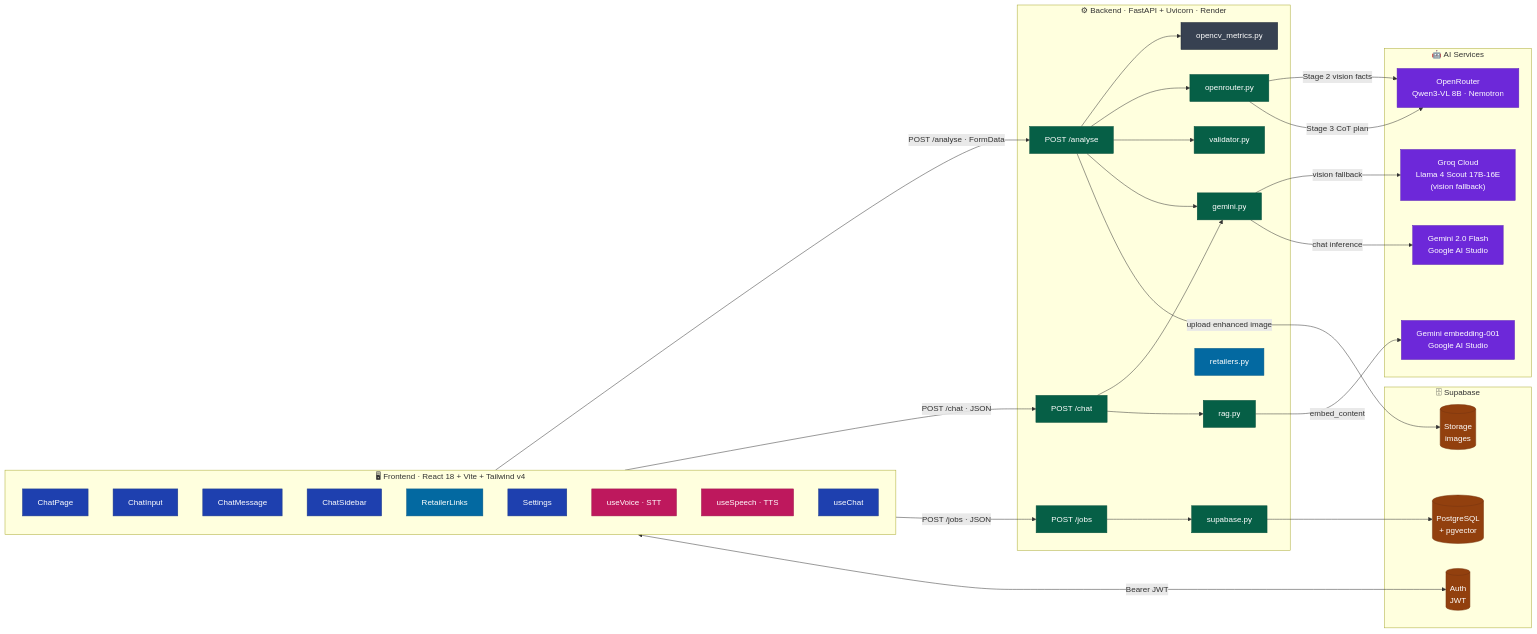
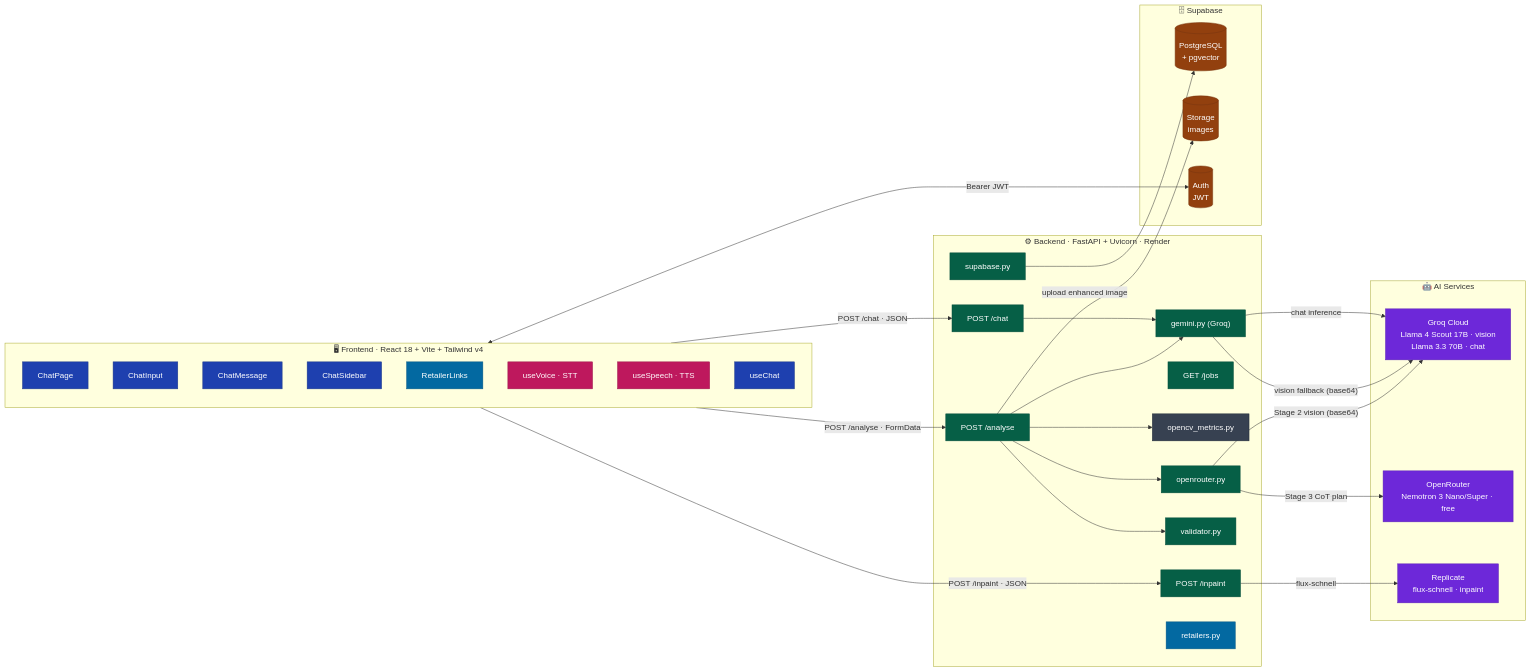
The first of 9 diagrams in ARCHITECTURE.md (appliedintellligence-cmd/Task-AI), drawn with Mermaid before and after one commit. The commit also changed other lines of this file and 1 other file, not shown here.

First line of the commit message:
docs: update ARCHITECTURE.md and README.md to reflect current stack

````diff
--- a/ARCHITECTURE.md
+++ b/ARCHITECTURE.md
@@ -25,67 +25,63 @@
 ```mermaid
 flowchart LR
     classDef fe     fill:#1E40AF,stroke:#1E3A8A,color:#fff
     classDef voice  fill:#BE185D,stroke:#9D174D,color:#fff
     classDef be     fill:#065F46,stroke:#064E3B,color:#fff
     classDef ai     fill:#6D28D9,stroke:#5B21B6,color:#fff
     classDef db     fill:#92400E,stroke:#78350F,color:#fff
     classDef retail fill:#0369A1,stroke:#075985,color:#fff
     classDef cv     fill:#374151,stroke:#1F2937,color:#fff
 
     subgraph FE["🖥  Frontend · React 18 + Vite + Tailwind v4"]
         CP[ChatPage]:::fe
         CI[ChatInput]:::fe
         CM[ChatMessage]:::fe
         CS[ChatSidebar]:::fe
         RL[RetailerLinks]:::retail
-        SET[Settings]:::fe
         UV["useVoice · STT"]:::voice
         US["useSpeech · TTS"]:::voice
         UC[useChat]:::fe
     end
 
     subgraph BE["⚙  Backend · FastAPI + Uvicorn · Render"]
         RA["POST /analyse"]:::be
         RC["POST /chat"]:::be
-        RJ["POST /jobs"]:::be
+        RI["POST /inpaint"]:::be
+        RJ["GET /jobs"]:::be
         OCV["opencv_metrics.py"]:::cv
         ORS["openrouter.py"]:::be
         VAL["validator.py"]:::be
-        GEM["gemini.py"]:::be
-        RAG["rag.py"]:::be
+        GEM["gemini.py (Groq)"]:::be
         RET["retailers.py"]:::retail
         SUP["supabase.py"]:::be
     end
 
     subgraph AI_SVC["🤖  AI Services"]
-        OR["OpenRouter<br/>Qwen3-VL 8B · Nemotron"]:::ai
-        GR["Groq Cloud<br/>Llama 4 Scout 17B-16E<br/>(vision fallback)"]:::ai
-        GF["Gemini 2.0 Flash<br/>Google AI Studio"]:::ai
-        GE["Gemini embedding-001<br/>Google AI Studio"]:::ai
+        GR["Groq Cloud<br/>Llama 4 Scout 17B · vision<br/>Llama 3.3 70B · chat"]:::ai
+        OR["OpenRouter<br/>Nemotron 3 Nano/Super · free"]:::ai
+        REP["Replicate<br/>flux-schnell · inpaint"]:::ai
     end
 
     subgraph SUPA["🗄  Supabase"]
         PG[("PostgreSQL<br/>+ pgvector")]:::db
         STO[("Storage<br/>images")]:::db
         AUTH[("Auth<br/>JWT")]:::db
     end
 
     FE -->|"POST /analyse · FormData"| RA
     FE -->|"POST /chat · JSON"| RC
-    FE -->|"POST /jobs · JSON"| RJ
+    FE -->|"POST /inpaint · JSON"| RI
     RA --> OCV
     RA --> ORS
     RA --> VAL
     RA --> GEM
     RC --> GEM
-    RC --> RAG
-    RJ --> SUP
-    ORS -->|"Stage 2 vision facts"| OR
+    RI -->|"flux-schnell"| REP
+    ORS -->|"Stage 2 vision (base64)"| GR
     ORS -->|"Stage 3 CoT plan"| OR
-    GEM -->|"vision fallback"| GR
-    GEM -->|"chat inference"| GF
-    RAG -->|"embed_content"| GE
+    GEM -->|"vision fallback (base64)"| GR
+    GEM -->|"chat inference"| GR
     SUP --> PG
     RA -->|"upload enhanced image"| STO
     FE <-->|"Bearer JWT"| AUTH
 ```
````
